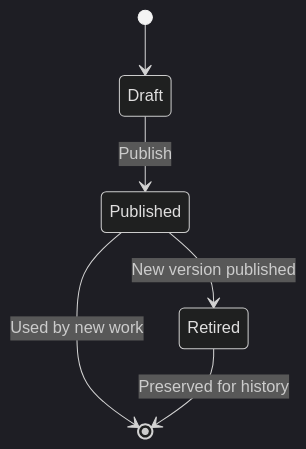
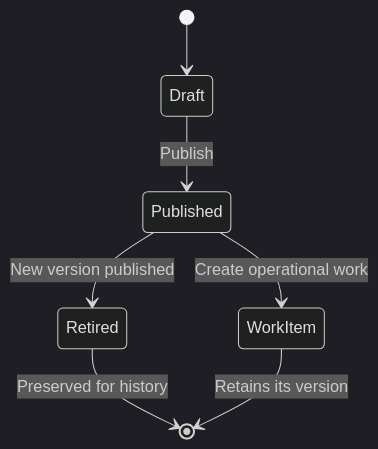
The second of 4 diagrams in README.md (kay-freeman/flowlens), drawn with Mermaid (dark theme) before and after one commit. The commit also changed other lines of this file, not shown here.

Commit message:
Document database-backed work items

````diff
--- a/README.md
+++ b/README.md
@@ -179,8 +195,9 @@
 ```mermaid
 stateDiagram-v2
     [*] --> Draft
     Draft --> Published: Publish
+    Published --> WorkItem: Create operational work
     Published --> Retired: New version published
-    Published --> [*]: Used by new work
     Retired --> [*]: Preserved for history
+    WorkItem --> [*]: Retains its version
 ```
````
